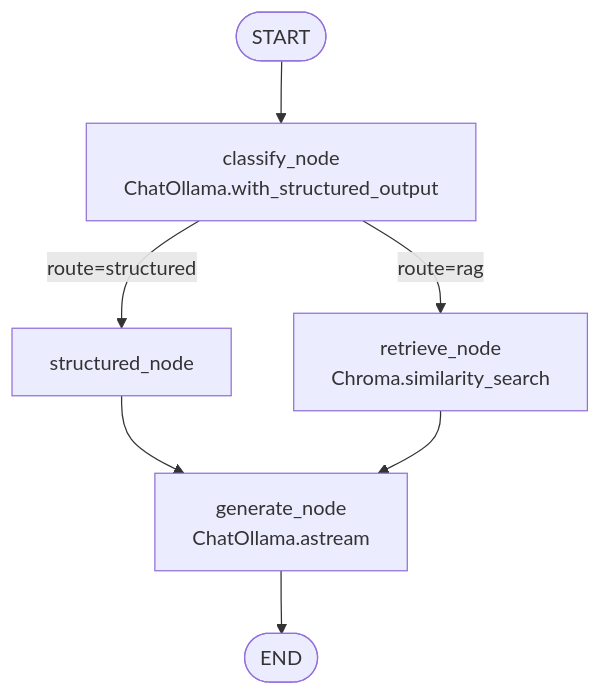
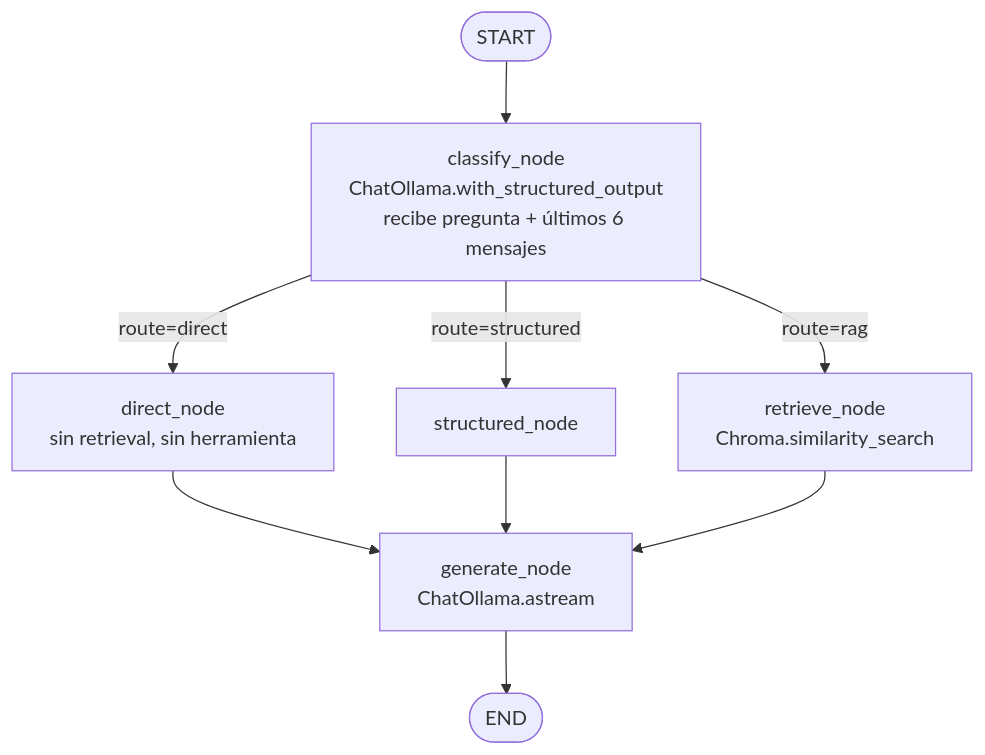
Before and after one commit to dimarior/tq_chatbot: the third of 4 diagrams in README.md, drawn with Mermaid. The commit also changed other lines of this file and 4 other files, not shown here.

````diff
--- a/README.md
+++ b/README.md
@@ -257,9 +257,11 @@
 ```mermaid
 flowchart TD
-    START([START]) --> CL[classify_node<br/>ChatOllama.with_structured_output]
+    START([START]) --> CL[classify_node<br/>ChatOllama.with_structured_output<br/>recibe pregunta + últimos 6 mensajes]
+    CL -->|route=direct| DR[direct_node<br/>sin retrieval, sin herramienta]
     CL -->|route=structured| ST[structured_node]
     CL -->|route=rag| RT[retrieve_node<br/>Chroma.similarity_search]
-    ST --> GN[generate_node<br/>ChatOllama.astream]
+    DR --> GN[generate_node<br/>ChatOllama.astream]
+    ST --> GN
     RT --> GN
     GN --> END([END])
 ```
````
